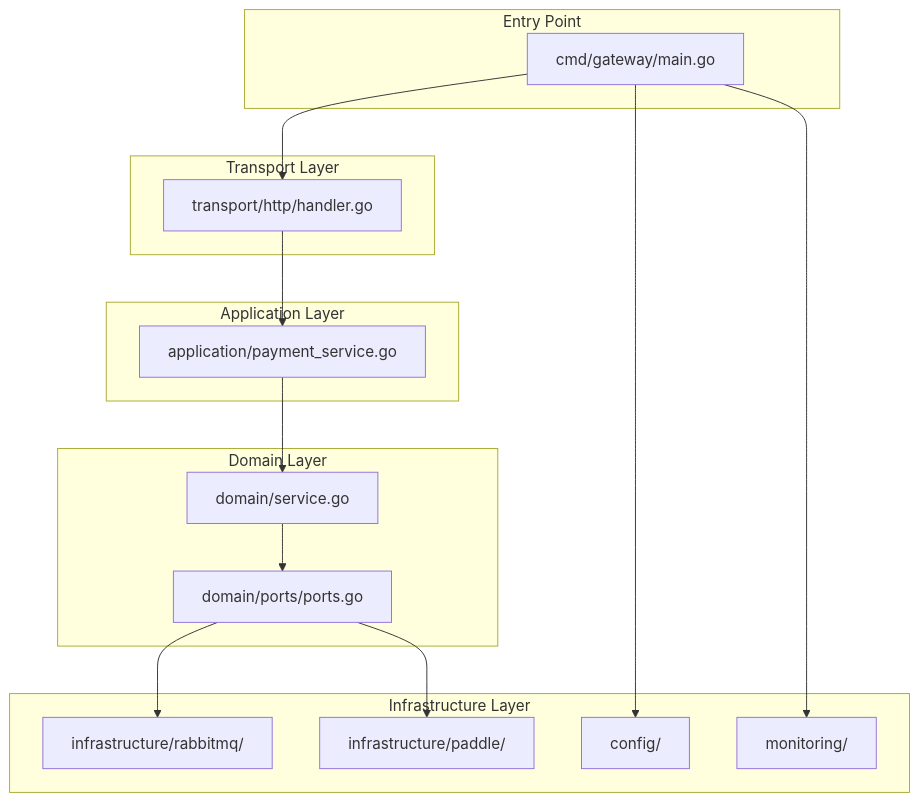
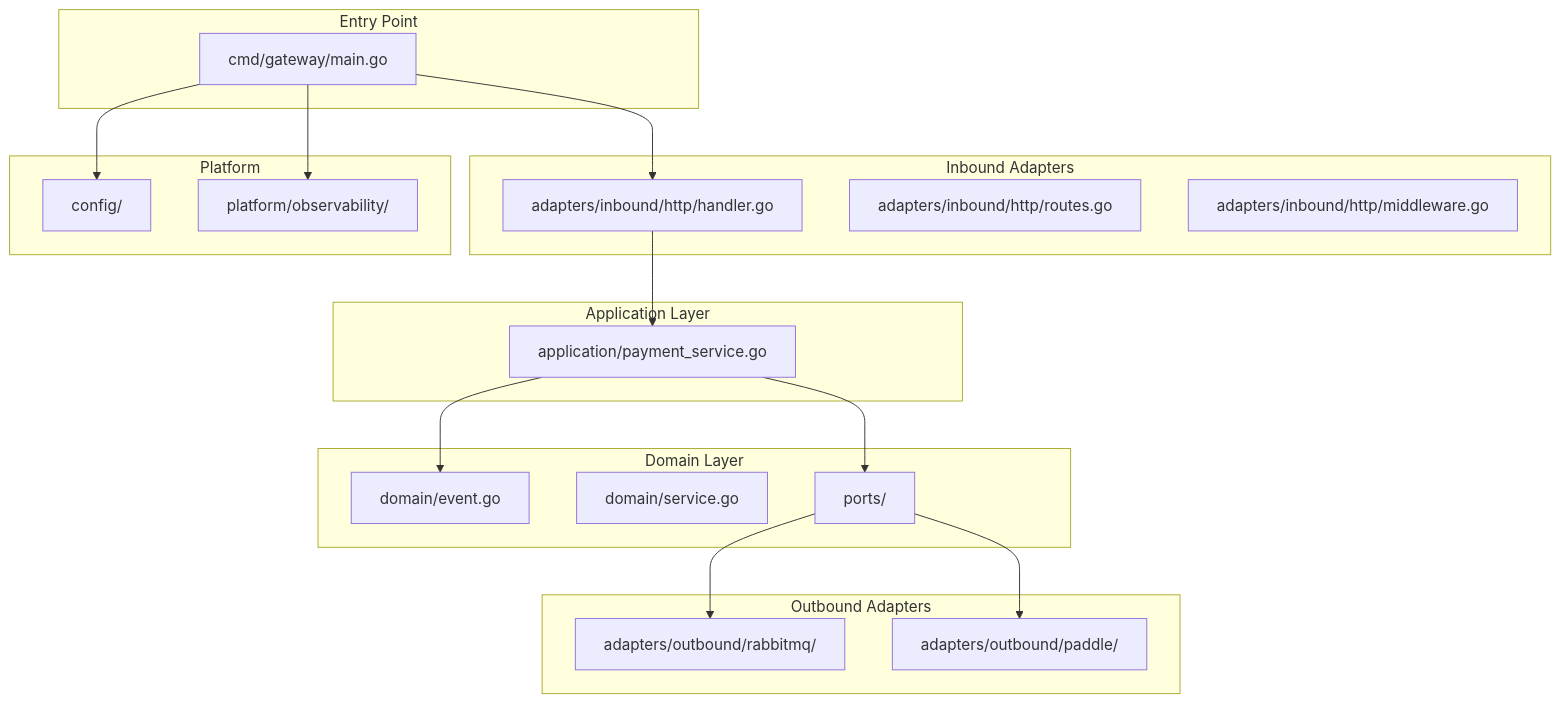
Before and after one commit to kunalPisolkar24/detectAI: the second of 8 diagrams in services/payments/gateway/docs/concepts/architecture.md, drawn with Mermaid. The commit also changed other lines of this file and 14 other files, not shown here.

````diff
--- a/services/payments/gateway/docs/concepts/architecture.md
+++ b/services/payments/gateway/docs/concepts/architecture.md
@@ -53,35 +53,41 @@
 ```mermaid
 graph TB
     subgraph "Entry Point"
         Main[cmd/gateway/main.go]
     end
-    
-    subgraph "Transport Layer"
-        HTTP[transport/http/handler.go]
+
+    subgraph "Inbound Adapters"
+        HTTP[adapters/inbound/http/handler.go]
+        Routes[adapters/inbound/http/routes.go]
+        MW[adapters/inbound/http/middleware.go]
     end
-    
+
     subgraph "Application Layer"
         App[application/payment_service.go]
     end
-    
+
     subgraph "Domain Layer"
-        Domain[domain/service.go]
-        Ports[domain/ports/ports.go]
+        Event[domain/event.go]
+        DomainSvc[domain/service.go]
+        Ports[ports/]
     end
-    
-    subgraph "Infrastructure Layer"
-        RMQ[infrastructure/rabbitmq/]
-        Paddle[infrastructure/paddle/]
+
+    subgraph "Outbound Adapters"
+        RMQ[adapters/outbound/rabbitmq/]
+        Paddle[adapters/outbound/paddle/]
+    end
+
+    subgraph "Platform"
         Config[config/]
-        Monitor[monitoring/]
+        Obs[platform/observability/]
     end
-    
+
     Main --> HTTP
     HTTP --> App
-    App --> Domain
-    Domain --> Ports
+    App --> Event
+    App --> Ports
     Ports --> RMQ
     Ports --> Paddle
     Main --> Config
-    Main --> Monitor
+    Main --> Obs
 ```
````
